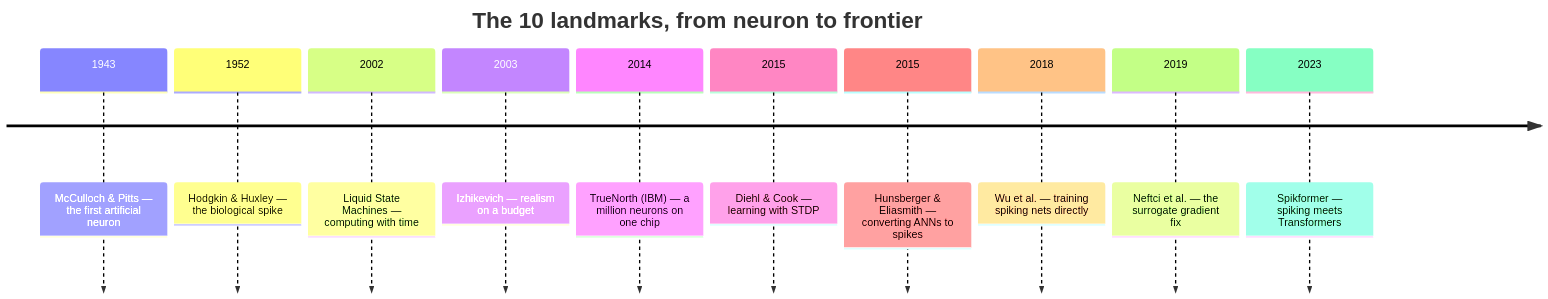
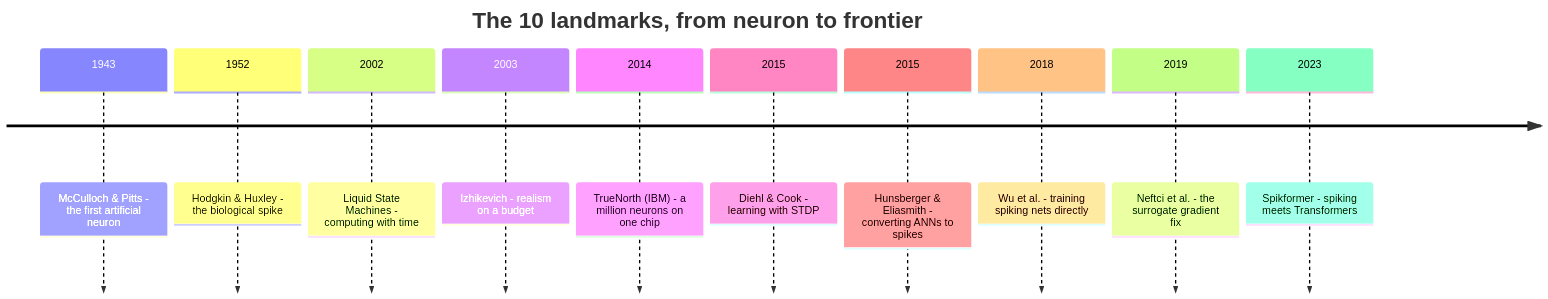
The diagram in state-of-the-field/README.md (rishavghosh605/snn-experiment-lab), drawn with Mermaid before and after one commit. The commit also changed other lines of this file and 3 other files, not shown here.

````diff
--- a/state-of-the-field/README.md
+++ b/state-of-the-field/README.md
@@ -7,14 +7,14 @@
 ```mermaid
 timeline
     title The 10 landmarks, from neuron to frontier
-    1943 : McCulloch & Pitts — the first artificial neuron
-    1952 : Hodgkin & Huxley — the biological spike
-    2002 : Liquid State Machines — computing with time
-    2003 : Izhikevich — realism on a budget
-    2014 : TrueNorth (IBM) — a million neurons on one chip
-    2015 : Diehl & Cook — learning with STDP
-    2015 : Hunsberger & Eliasmith — converting ANNs to spikes
-    2018 : Wu et al. — training spiking nets directly
-    2019 : Neftci et al. — the surrogate gradient fix
-    2023 : Spikformer — spiking meets Transformers
+    1943 : McCulloch & Pitts - the first artificial neuron
+    1952 : Hodgkin & Huxley - the biological spike
+    2002 : Liquid State Machines - computing with time
+    2003 : Izhikevich - realism on a budget
+    2014 : TrueNorth (IBM) - a million neurons on one chip
+    2015 : Diehl & Cook - learning with STDP
+    2015 : Hunsberger & Eliasmith - converting ANNs to spikes
+    2018 : Wu et al. - training spiking nets directly
+    2019 : Neftci et al. - the surrogate gradient fix
+    2023 : Spikformer - spiking meets Transformers
 ```
````
